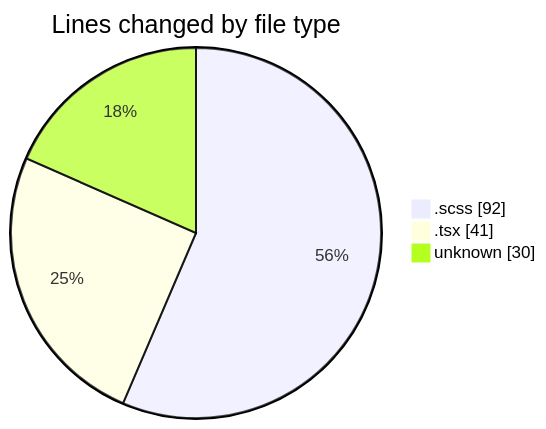
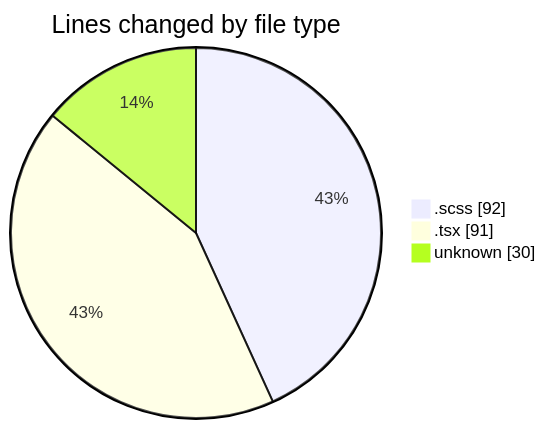
The first of 2 diagrams in 2025-03-05/cda/README.md (momahboobian/code-tracking), drawn with Mermaid before and after one commit. The commit also changed other lines of this file and 1 other file, not shown here.

````diff
--- a/2025-03-05/cda/README.md
+++ b/2025-03-05/cda/README.md
@@ -22,7 +23,7 @@
 ```mermaid
 pie showData
 title Lines changed by file type
 ".scss" : 92
-".tsx" : 41
+".tsx" : 91
 "unknown" : 30
 ```
````
